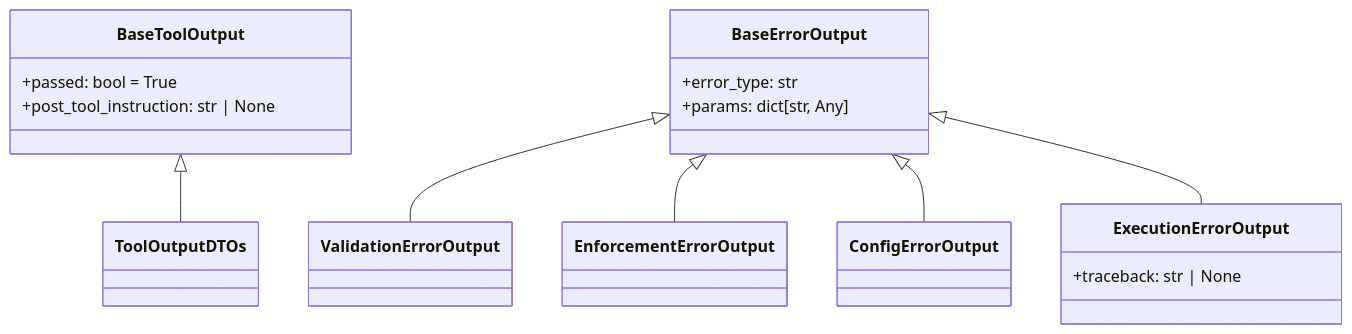
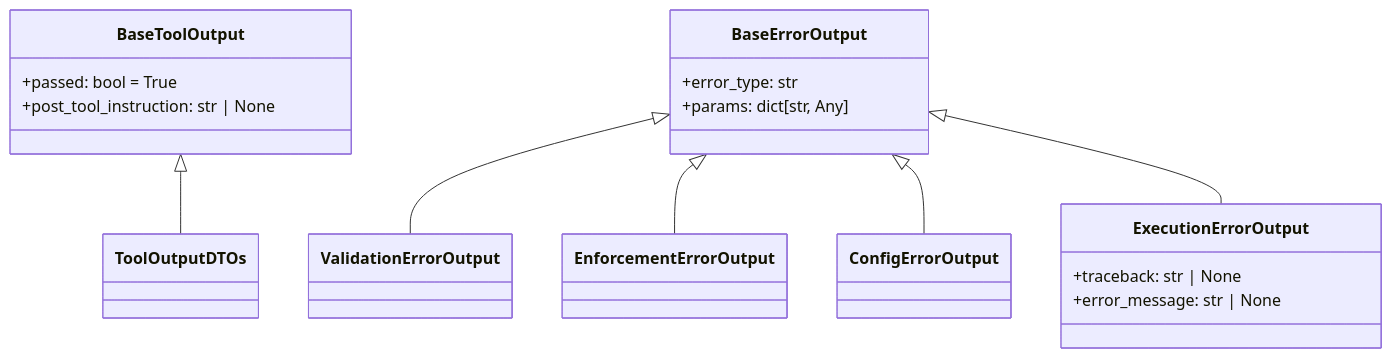
The first of 3 diagrams in docs/development/issue413/research.md (MikeyVK/phase-gate-mcp), drawn with Mermaid before and after one commit. The commit also changed other lines of this file, not shown here.

Commit message:
docs(P_RESEARCH): Isolate traceback and error_message exclusively to ExecutionErrorOutput in research.md and translate 'kader' (#413)

````diff
--- a/docs/development/issue413/research.md
+++ b/docs/development/issue413/research.md
@@ -107,25 +107,26 @@
 ```mermaid
 classDiagram
     class BaseToolOutput {
         +passed: bool = True
         +post_tool_instruction: str | None
     }
     
     class BaseErrorOutput {
         +error_type: str
         +params: dict[str, Any]
     }
     
     class ValidationErrorOutput
     class EnforcementErrorOutput
     class ConfigErrorOutput
     class ExecutionErrorOutput {
         +traceback: str | None
+        +error_message: str | None
     }
 
     BaseToolOutput <|-- ToolOutputDTOs
     BaseErrorOutput <|-- ValidationErrorOutput
     BaseErrorOutput <|-- EnforcementErrorOutput
     BaseErrorOutput <|-- ConfigErrorOutput
     BaseErrorOutput <|-- ExecutionErrorOutput
 ```
````
